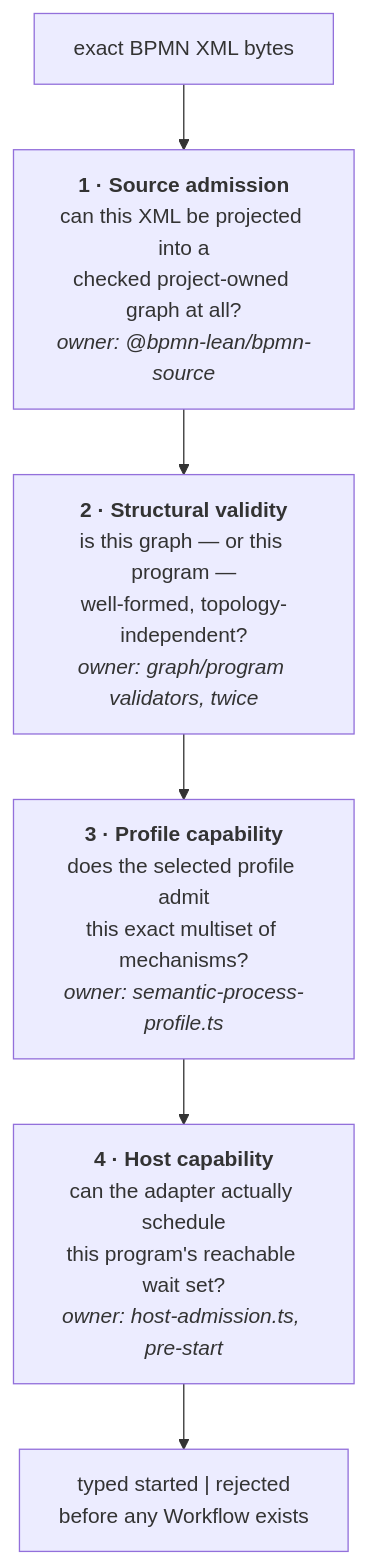
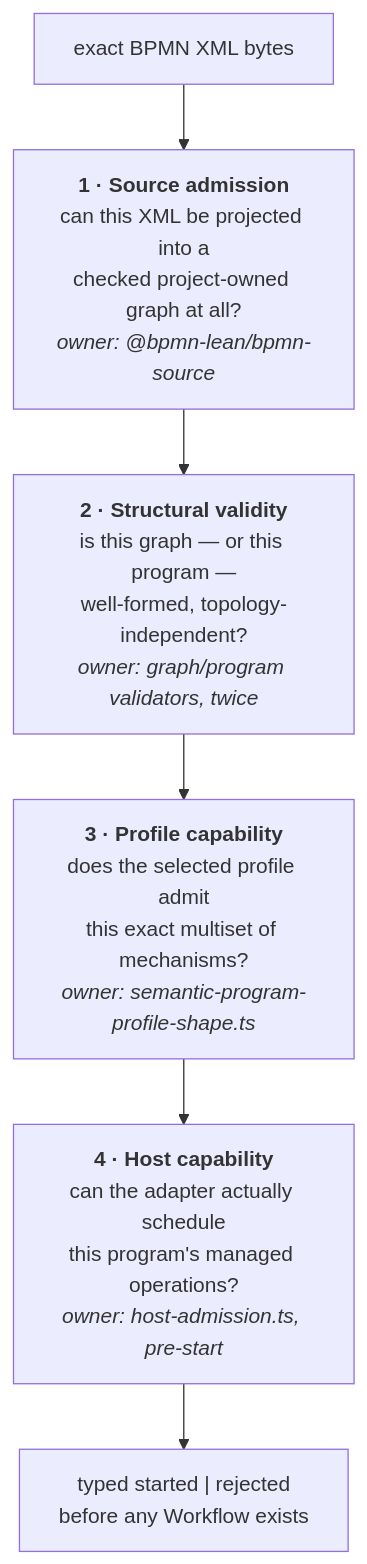
Before and after one commit to mbackschat/bpmn-lean-experiment-assessment: the diagram in 13-admission-and-profiles.md, drawn with Mermaid. The commit also changed other lines of this file and 21 other files, not shown here.

````diff
--- a/13-admission-and-profiles.md
+++ b/13-admission-and-profiles.md
@@ -9,9 +7,9 @@
 ```mermaid
 flowchart TB
     B["exact BPMN XML bytes"]
     B --> Q1["<b>1 · Source admission</b><br/>can this XML be projected into a<br/>checked project-owned graph at all?<br/><i>owner: @bpmn-lean/bpmn-source</i>"]
     Q1 --> Q2["<b>2 · Structural validity</b><br/>is this graph — or this program —<br/>well-formed, topology-independent?<br/><i>owner: graph/program validators, twice</i>"]
-    Q2 --> Q3["<b>3 · Profile capability</b><br/>does the selected profile admit<br/>this exact multiset of mechanisms?<br/><i>owner: semantic-process-profile.ts</i>"]
-    Q3 --> Q4["<b>4 · Host capability</b><br/>can the adapter actually schedule<br/>this program's reachable wait set?<br/><i>owner: host-admission.ts, pre-start</i>"]
+    Q2 --> Q3["<b>3 · Profile capability</b><br/>does the selected profile admit<br/>this exact multiset of mechanisms?<br/><i>owner: semantic-program-profile-shape.ts</i>"]
+    Q3 --> Q4["<b>4 · Host capability</b><br/>can the adapter actually schedule<br/>this program's managed operations?<br/><i>owner: host-admission.ts, pre-start</i>"]
     Q4 --> R["typed started | rejected<br/>before any Workflow exists"]
 ```
````
